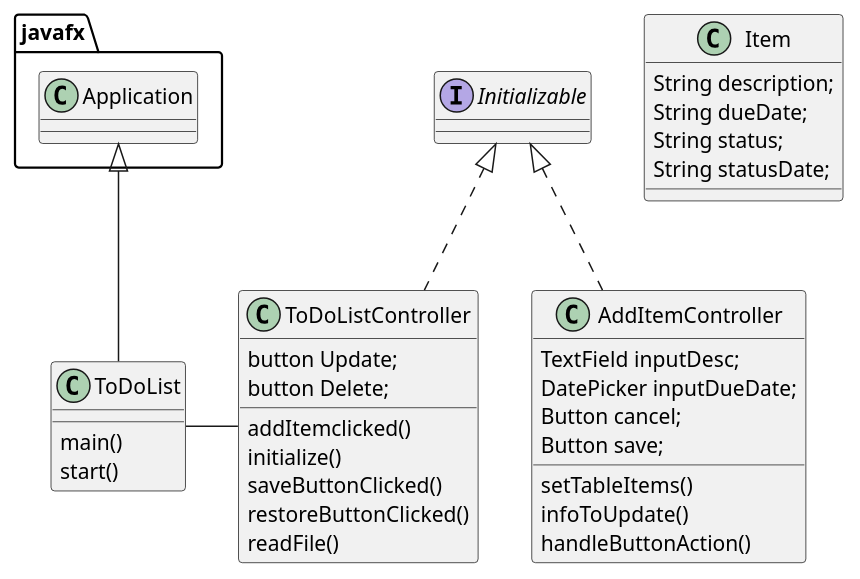
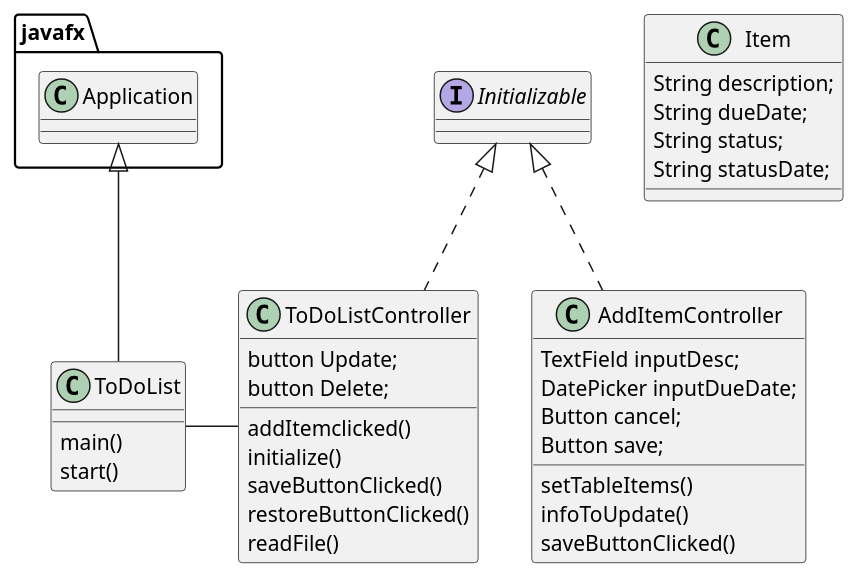
Before and after one commit to shivpatel35/Patel-cop3330-assignment4part2: the diagram in uml/app.puml, drawn with PlantUML. The commit also changed 5 other files, not shown here.

```diff
--- a/uml/app.puml
+++ b/uml/app.puml
@@ -1,48 +1,48 @@
 @startuml
 'https://plantuml.com/class-diagram
 
 class ToDoList{
     main()
     start()
 }
 
 class ToDoListController implements Initializable{
 
 button Update;
 button Delete;
 
 addItemclicked()
 initialize()
 saveButtonClicked()
 restoreButtonClicked()
 readFile()
 
 }
 
 class Item{
  String description;
  String dueDate;
  String status;
  String statusDate;
 
 }
 
 class AddItemController implements Initializable{
 
     TextField inputDesc;
     DatePicker inputDueDate;
     Button cancel;
     Button save;
 
     setTableItems()
     infoToUpdate()
-    handleButtonAction()
+    saveButtonClicked()
 
 
 }
 
 javafx.Application <|--ToDoList
 
 ToDoList- ToDoListController
 
 @enduml
```
